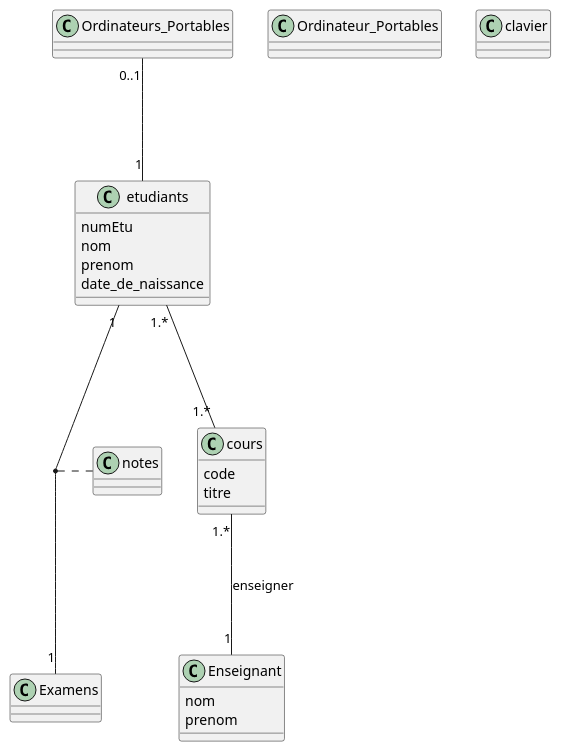
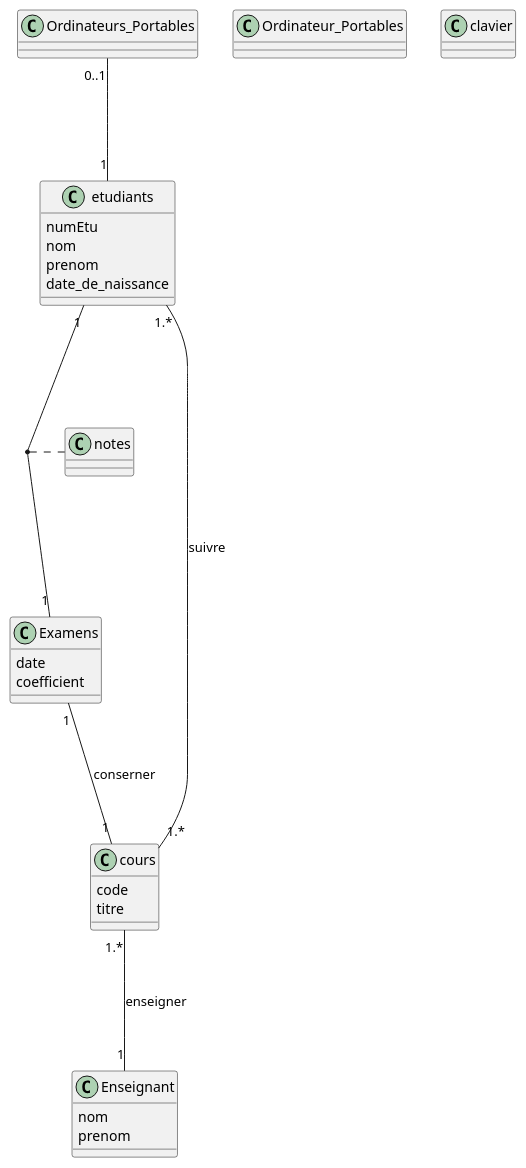
The diagram in TD1.2.1.plantuml (IUT-Blagnac/bcoo-Laurian-Dufrechou), drawn with PlantUML before and after one commit. The commit also changed other lines of this file, not shown here.

Commit message:
Fix 1.2.1: diagramme examens fini (je crois)

```diff
--- a/TD1.2.1.plantuml
+++ b/TD1.2.1.plantuml
@@ -1,44 +2,47 @@
 @startuml
 
 class Examens
 {
-  
+  date
+  coefficient
 }
 
 class Enseignant
 {
   nom
   prenom
 }
 
 class etudiants
 {
   numEtu
   nom
   prenom
   date_de_naissance
 }
 
 class cours
 {
   code
   titre
 }
 
 etudiants "1" --- "1" Examens
 (etudiants, Examens) . notes
 
-etudiants "1.*" --- "1.*" cours
+etudiants "1.*" --- "1.*" cours : suivre
+
+Examens "1" --- "1" cours : conserner
 
 cours "1.*" --- "1" Enseignant : enseigner
 
 '----------------------------------
 
 
 class Ordinateur_Portables
 
 class clavier
 
 Ordinateurs_Portables "0..1" --- "1" etudiants
 
 @enduml
```
